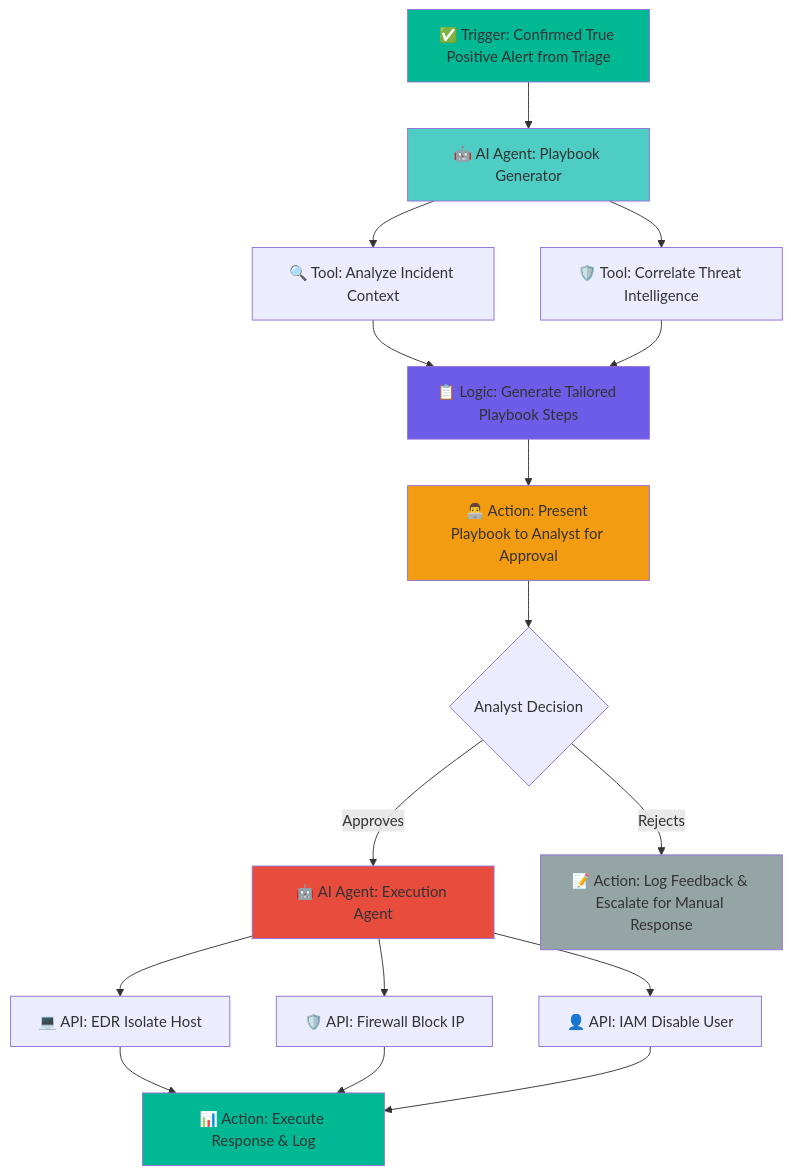
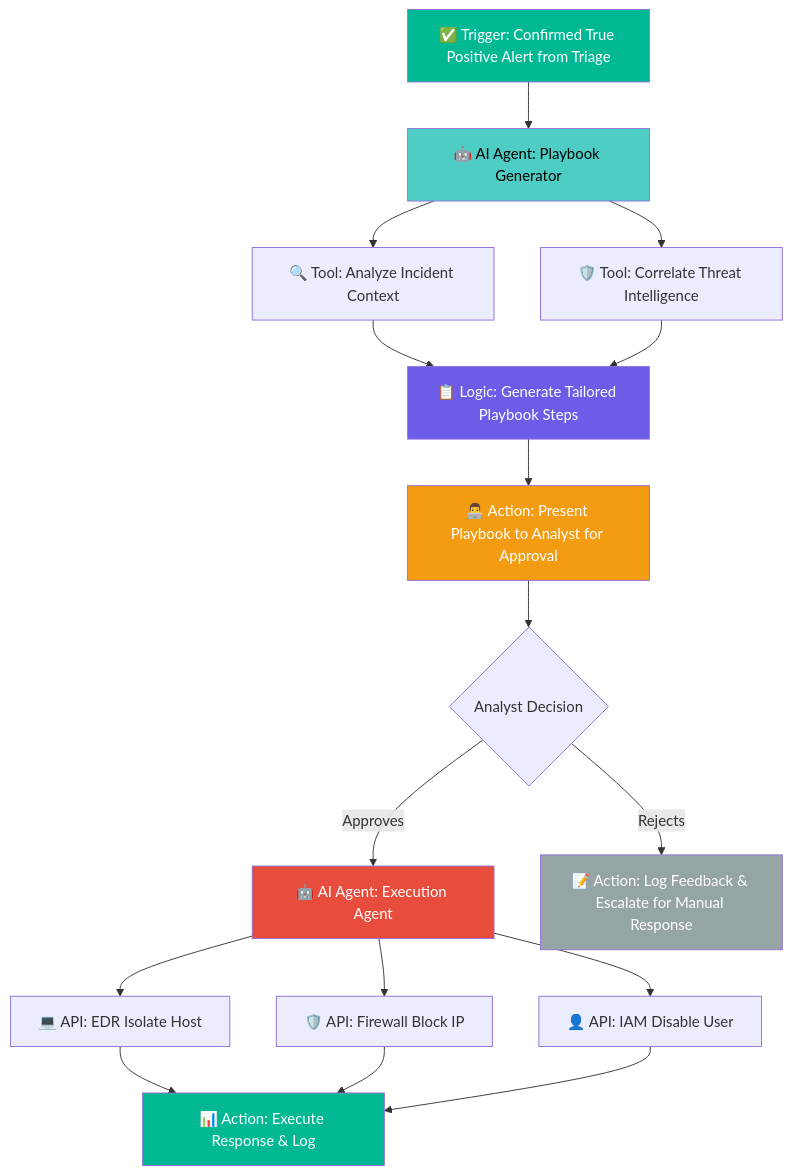
Before and after one commit to Ke0xes/AI4SecOps: the tenth of 10 diagrams in usecases.md, drawn with Mermaid. The commit also changed other lines of this file, not shown here.

````diff
--- a/usecases.md
+++ b/usecases.md
@@ -364,26 +364,26 @@
 ```mermaid
 graph TD
     A[✅ Trigger: Confirmed True Positive Alert from Triage] --> B[🤖 AI Agent: Playbook Generator]
     B --> C[🔍 Tool: Analyze Incident Context]
     B --> D[🛡️ Tool: Correlate Threat Intelligence]
     C --> E[📋 Logic: Generate Tailored Playbook Steps]
     D --> E
     E --> F[👨‍💻 Action: Present Playbook to Analyst for Approval]
     F --> G{Analyst Decision}
     G -->|Approves| H[🤖 AI Agent: Execution Agent]
     G -->|Rejects| I[📝 Action: Log Feedback & Escalate for Manual Response]
     H --> J[💻 API: EDR Isolate Host]
     H --> K[🛡️ API: Firewall Block IP]
     H --> L[👤 API: IAM Disable User]
     J --> M[📊 Action: Execute Response & Log]
     K --> M
     L --> M
     
-    style A fill:#00b894
-    style B fill:#4ecdc4
-    style E fill:#6c5ce7
-    style F fill:#f39c12
-    style H fill:#e74c3c
-    style I fill:#95a5a6
-    style M fill:#00b894
+    style A fill:#00b894,color:#fff
+    style B fill:#4ecdc4,color:#000
+    style E fill:#6c5ce7,color:#fff
+    style F fill:#f39c12,color:#fff
+    style H fill:#e74c3c,color:#fff
+    style I fill:#95a5a6,color:#fff
+    style M fill:#00b894,color:#fff
 ```
````
